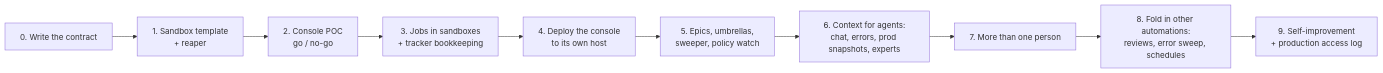
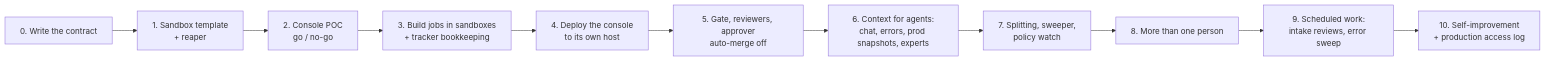
Before and after one commit to alairock/agent-console-spec: the diagram in docs/11-build-order.md, drawn with Mermaid. The commit also changed other lines of this file and 16 other files, not shown here.

First line of the commit message:
Describe the pipeline as the design: one build job per ticket

````diff
--- a/docs/11-build-order.md
+++ b/docs/11-build-order.md
@@ -8,12 +8,13 @@
 ```mermaid
 flowchart LR
   P0["0. Write the contract"] --> P1["1. Sandbox template<br/>+ reaper"]
   P1 --> P2["2. Console POC<br/>go / no-go"]
-  P2 --> P3["3. Jobs in sandboxes<br/>+ tracker bookkeeping"]
+  P2 --> P3["3. Build jobs in sandboxes<br/>+ tracker bookkeeping"]
   P3 --> P4["4. Deploy the console<br/>to its own host"]
-  P4 --> P5["5. Epics, umbrellas,<br/>sweeper, policy watch"]
+  P4 --> P5["5. Gate, reviewers, approver<br/>auto-merge off"]
   P5 --> P6["6. Context for agents:<br/>chat, errors, prod snapshots, experts"]
-  P6 --> P7["7. More than one person"]
-  P7 --> P8["8. Fold in other automations:<br/>reviews, error sweep, schedules"]
-  P8 --> P9["9. Self-improvement<br/>+ production access log"]
+  P6 --> P7["7. Splitting, sweeper,<br/>policy watch"]
+  P7 --> P8["8. More than one person"]
+  P8 --> P9["9. Scheduled work:<br/>intake reviews, error sweep"]
+  P9 --> P10["10. Self-improvement<br/>+ production access log"]
 ```
````
